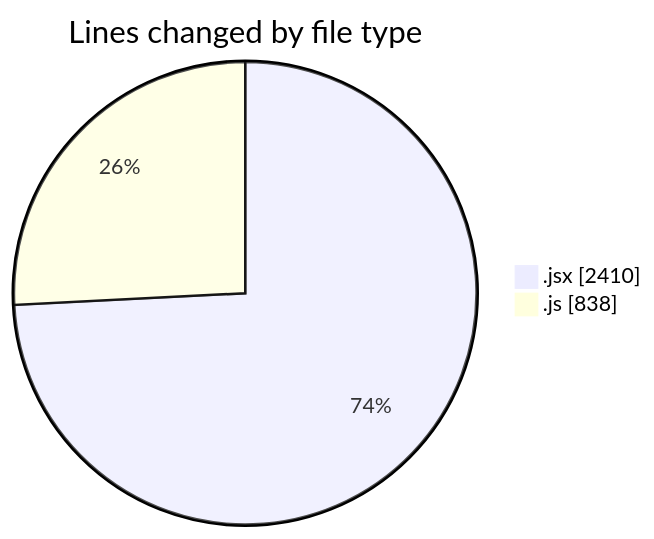
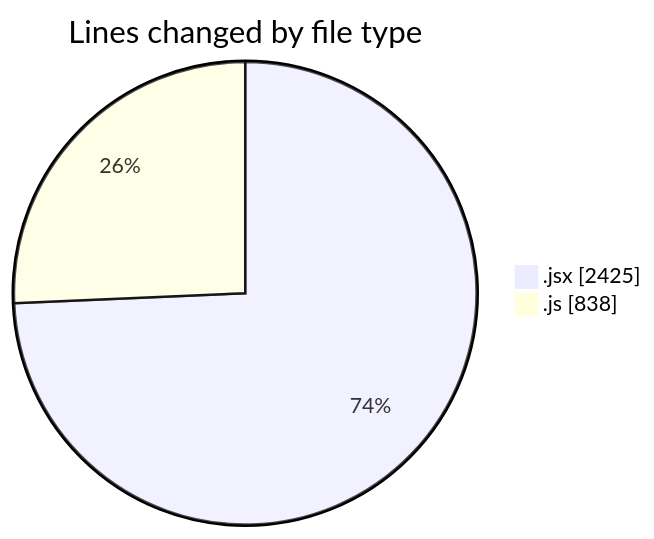
Before and after one commit to nxtqubesakshisongat/code-tracking: the first of 2 diagrams in 2025-09-22/nxtqube_webapp/README.md, drawn with Mermaid. The commit also changed other lines of this file and 1 other file, not shown here.

````diff
--- a/2025-09-22/nxtqube_webapp/README.md
+++ b/2025-09-22/nxtqube_webapp/README.md
@@ -22,6 +22,6 @@
 ```mermaid
 pie showData
 title Lines changed by file type
-".jsx" : 2410
+".jsx" : 2425
 ".js" : 838
 ```
````
